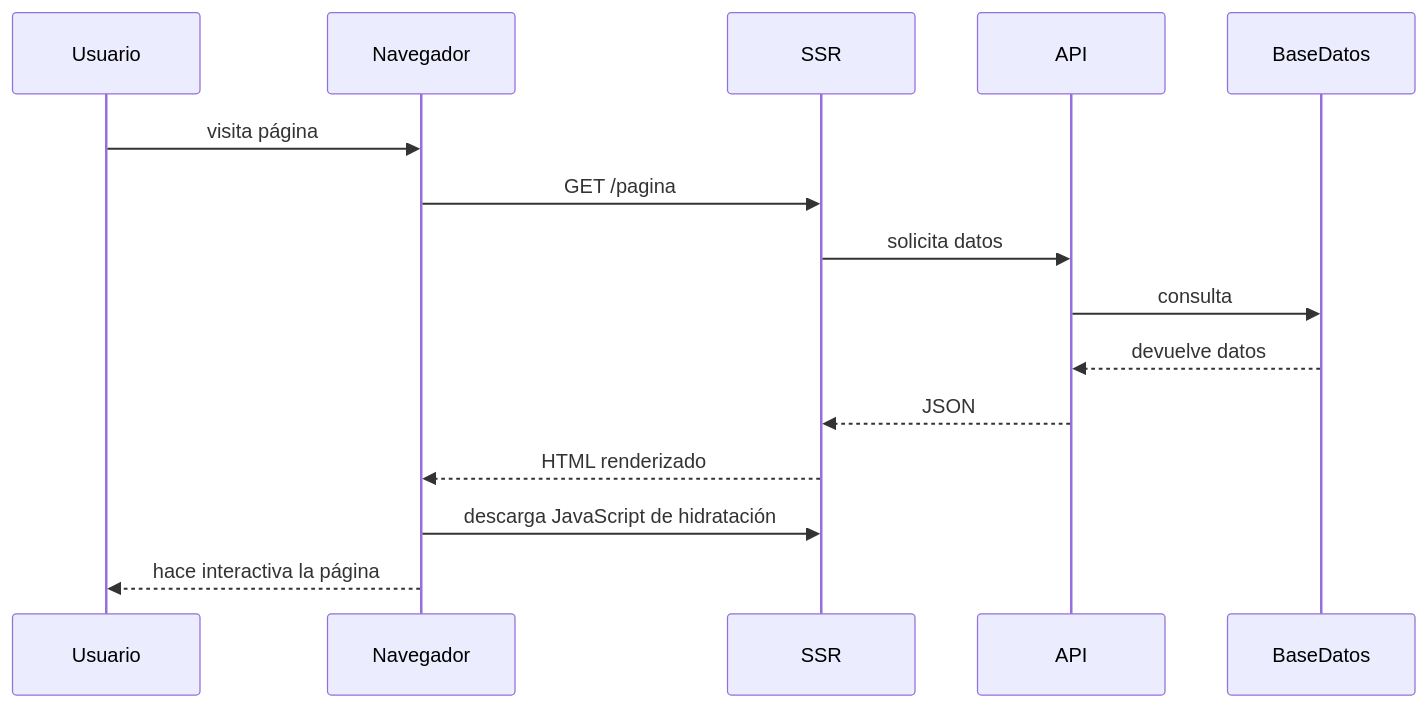
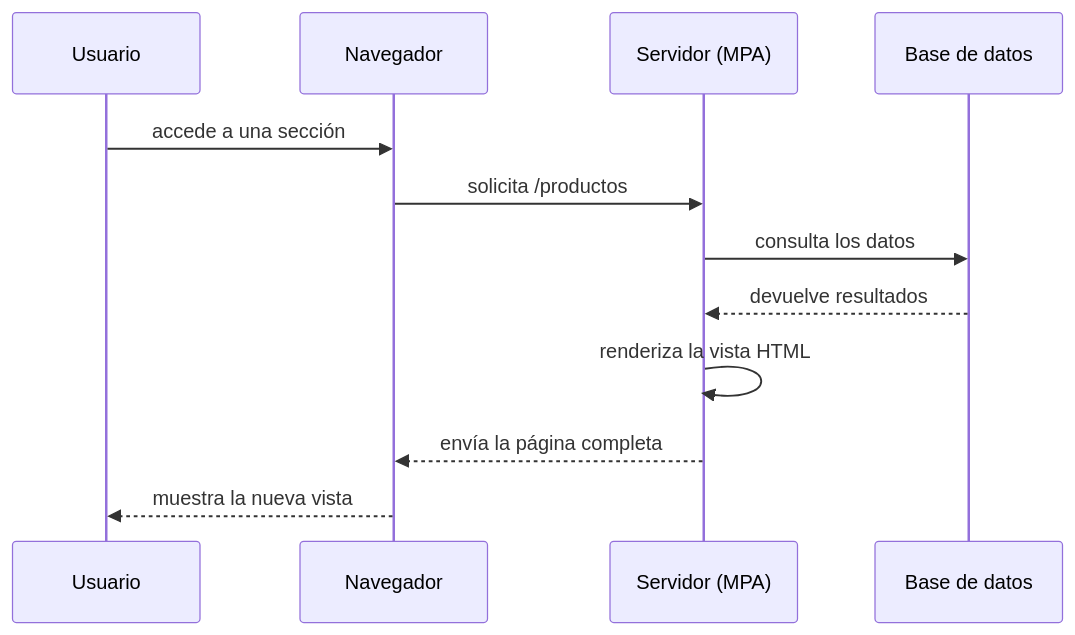
The ninth of 16 diagrams in docs/u01/propuesta-ampliada.md (ATorresCode/dwes), drawn with Mermaid before and after one commit. The commit also changed other lines of this file and 3 other files, not shown here.

````diff
--- a/docs/u01/propuesta-ampliada.md
+++ b/docs/u01/propuesta-ampliada.md
@@ -264,18 +315,15 @@
 ```mermaid
 sequenceDiagram
-  participant Usuario
-  participant Navegador
-  participant SSR
-  participant API
-  participant BaseDatos
+    participant Usuario
+    participant Navegador
+    participant Servidor as Servidor (MPA)
+    participant BaseDatos as Base de datos
 
-  Usuario->>Navegador: visita página
-  Navegador->>SSR: GET /pagina
-  SSR->>API: solicita datos
-  API->>BaseDatos: consulta
-  BaseDatos-->>API: devuelve datos
-  API-->>SSR: JSON
-  SSR-->>Navegador: HTML renderizado
-  Navegador->>SSR: descarga JavaScript de hidratación
-  Navegador-->>Usuario: hace interactiva la página
+    Usuario->>Navegador: accede a una sección
+    Navegador->>Servidor: solicita /productos
+    Servidor->>BaseDatos: consulta los datos
+    BaseDatos-->>Servidor: devuelve resultados
+    Servidor->>Servidor: renderiza la vista HTML
+    Servidor-->>Navegador: envía la página completa
+    Navegador-->>Usuario: muestra la nueva vista
 ```
````
